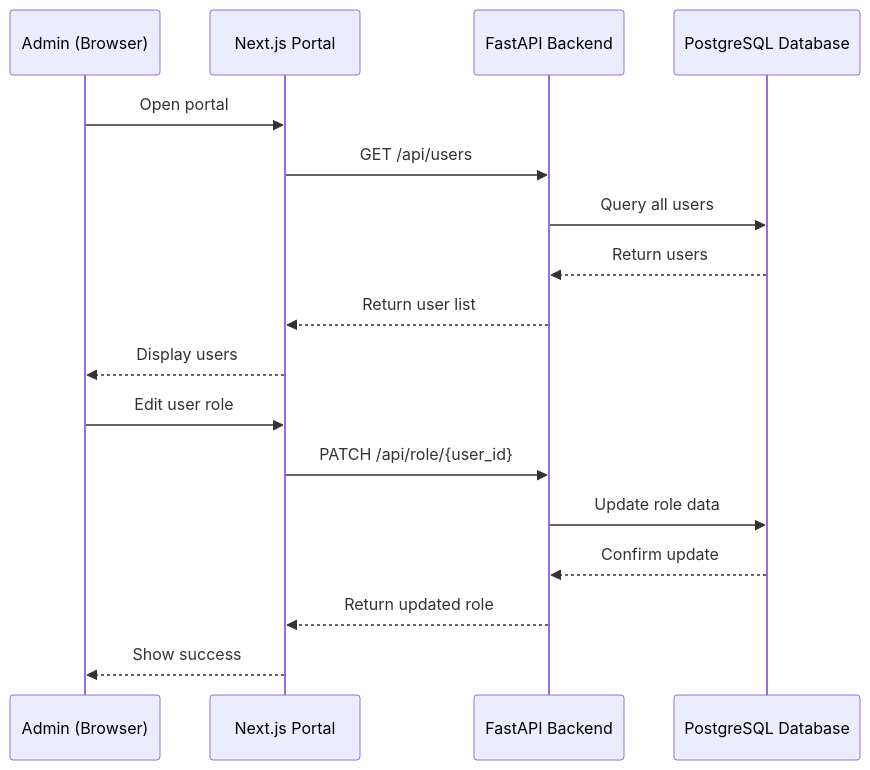
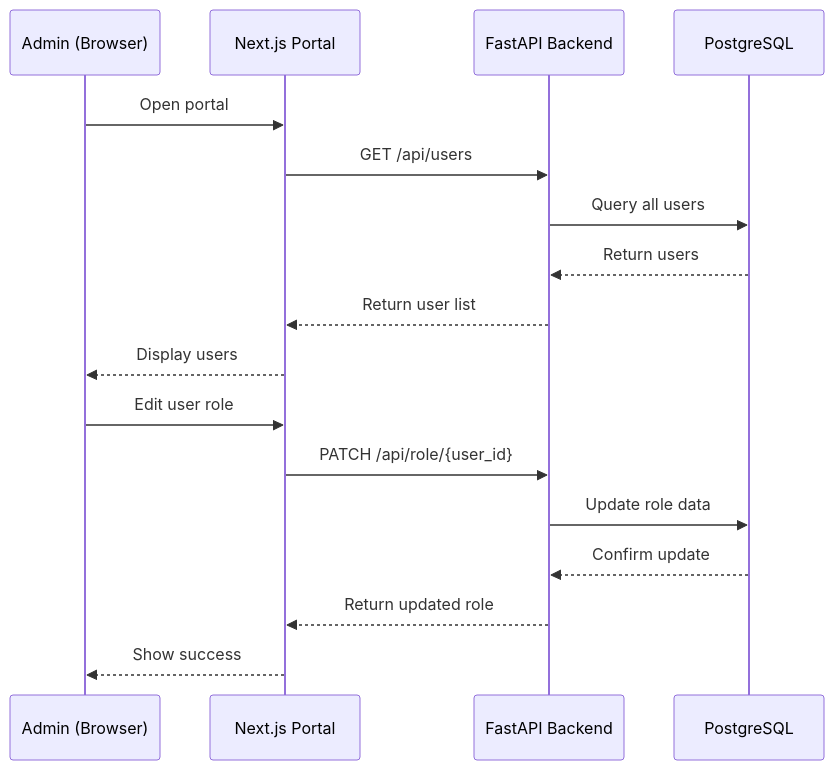
The fourth of 4 diagrams in README.md (p2ratik/Discord-Bot), drawn with Mermaid before and after one commit. The commit also changed other lines of this file and 19 other files, not shown here.

````diff
--- a/README.md
+++ b/README.md
@@ -151,21 +208,21 @@
 ```mermaid
 sequenceDiagram
     participant Admin as Admin (Browser)
     participant Portal as Next.js Portal
     participant API as FastAPI Backend
-    participant DB as PostgreSQL Database
+    participant DB as PostgreSQL
     
     Admin->>Portal: Open portal
     Portal->>API: GET /api/users
     API->>DB: Query all users
     DB-->>API: Return users
     API-->>Portal: Return user list
     Portal-->>Admin: Display users
     
     Admin->>Portal: Edit user role
     Portal->>API: PATCH /api/role/{user_id}
     API->>DB: Update role data
     DB-->>API: Confirm update
     API-->>Portal: Return updated role
     Portal-->>Admin: Show success
 ```
````
